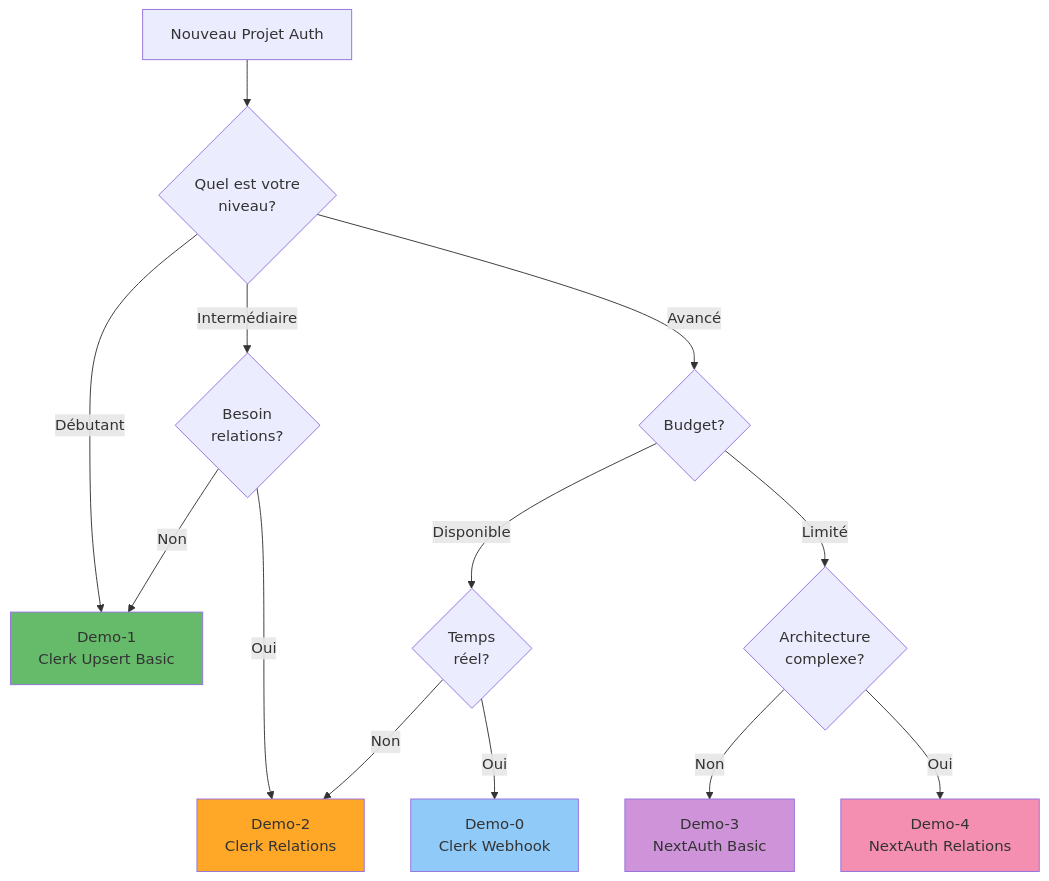
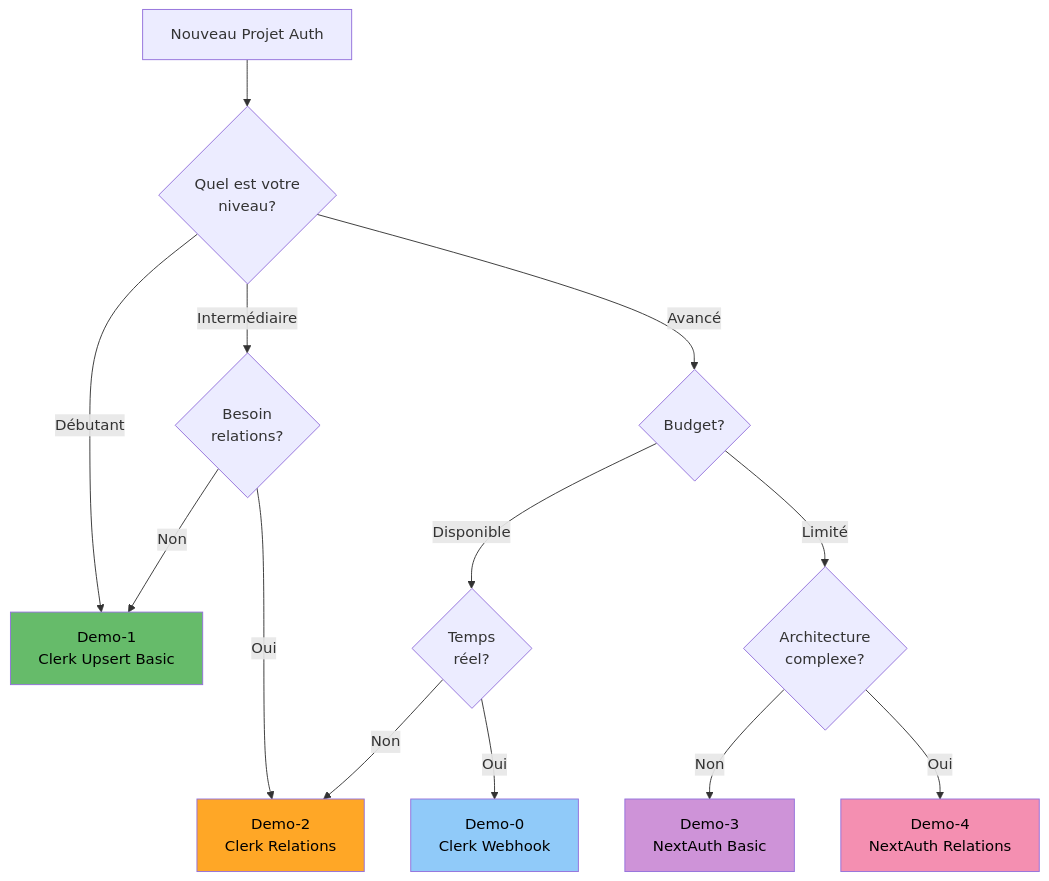
Before and after one commit to inskillflow/auths-1-NEXTJS-introduction: diagram 33 of 39 in 02-DIAGRAMMES_ARCHITECTURES.md, drawn with Mermaid. The commit also changed other lines of this file, not shown here.

````diff
--- a/02-DIAGRAMMES_ARCHITECTURES.md
+++ b/02-DIAGRAMMES_ARCHITECTURES.md
@@ -1062,26 +1062,26 @@
 ```mermaid
 graph TB
     START[Nouveau Projet Auth] --> Q1{Quel est votre<br/>niveau?}
     
     Q1 -->|Débutant| D1[Demo-1<br/>Clerk Upsert Basic]
     Q1 -->|Intermédiaire| Q2{Besoin<br/>relations?}
     Q1 -->|Avancé| Q3{Budget?}
     
     Q2 -->|Non| D1
     Q2 -->|Oui| D2[Demo-2<br/>Clerk Relations]
     
     Q3 -->|Disponible| Q4{Temps<br/>réel?}
     Q3 -->|Limité| Q5{Architecture<br/>complexe?}
     
     Q4 -->|Oui| D0[Demo-0<br/>Clerk Webhook]
     Q4 -->|Non| D2
     
     Q5 -->|Non| D3[Demo-3<br/>NextAuth Basic]
     Q5 -->|Oui| D4[Demo-4<br/>NextAuth Relations]
     
-    style D0 fill:#90caf9
-    style D1 fill:#66bb6a
-    style D2 fill:#ffa726
-    style D3 fill:#ce93d8
-    style D4 fill:#f48fb1
+    style D0 fill:#90caf9,color:#000
+    style D1 fill:#66bb6a,color:#000
+    style D2 fill:#ffa726,color:#000
+    style D3 fill:#ce93d8,color:#000
+    style D4 fill:#f48fb1,color:#000
 ```
````
